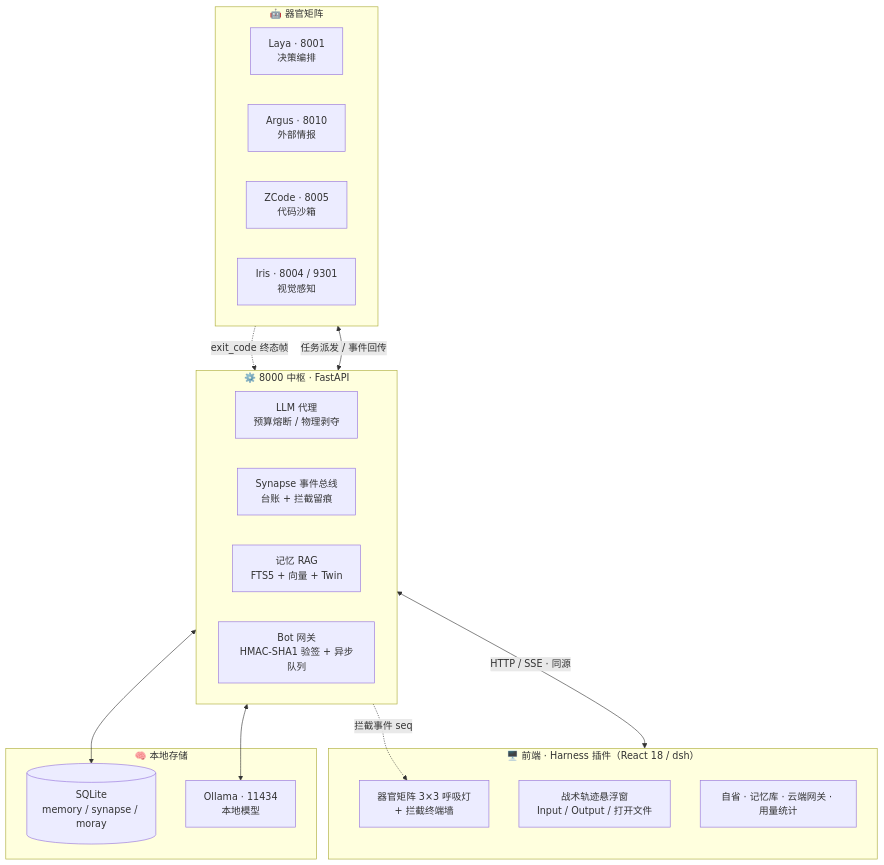
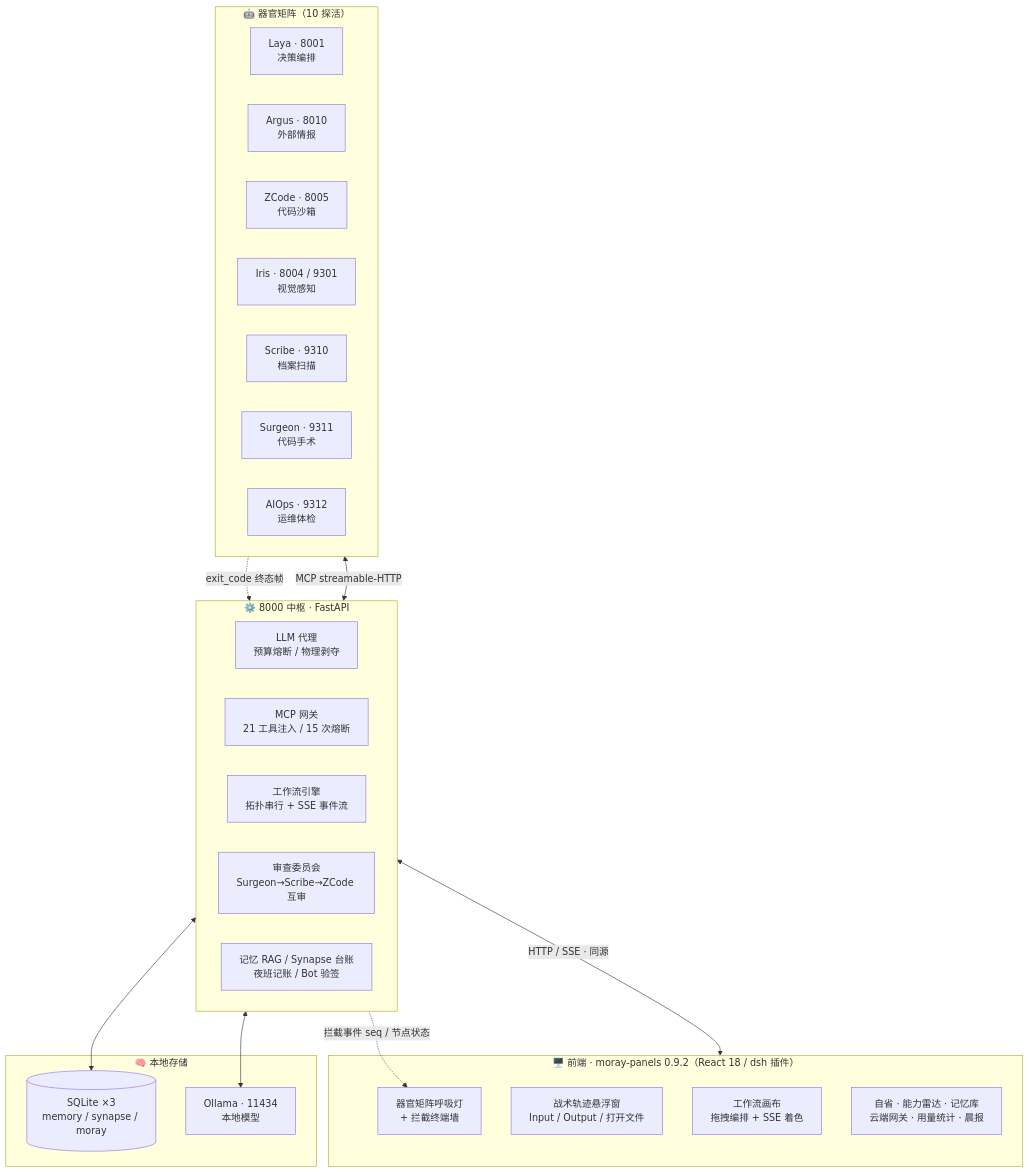
One commit to aliangmo2026/MoRay changed the diagram in README.md. Above: the diagram before and after it, drawn with Mermaid. The commit also changed other lines of this file and 29 other files, not shown here.

````diff
--- a/README.md
+++ b/README.md
@@ -133,34 +136,39 @@
 ```mermaid
 flowchart TB
-  subgraph FE["🖥️ 前端 · Harness 插件（React 18 / dsh）"]
-    F1["器官矩阵 3×3 呼吸灯<br/>+ 拦截终端墙"]
+  subgraph FE["🖥️ 前端 · moray-panels 0.9.2（React 18 / dsh 插件）"]
+    F1["器官矩阵呼吸灯<br/>+ 拦截终端墙"]
     F2["战术轨迹悬浮窗<br/>Input / Output / 打开文件"]
-    F3["自省 · 记忆库 · 云端网关 · 用量统计"]
+    F3["工作流画布<br/>拖拽编排 + SSE 着色"]
+    F4["自省 · 能力雷达 · 记忆库<br/>云端网关 · 用量统计 · 晨报"]
   end
 
   subgraph GW["⚙️ 8000 中枢 · FastAPI"]
     G1["LLM 代理<br/>预算熔断 / 物理剥夺"]
-    G2["Synapse 事件总线<br/>台账 + 拦截留痕"]
-    G3["记忆 RAG<br/>FTS5 + 向量 + Twin"]
-    G4["Bot 网关<br/>HMAC-SHA1 验签 + 异步队列"]
+    G2["MCP 网关<br/>21 工具注入 / 15 次熔断"]
+    G3["工作流引擎<br/>拓扑串行 + SSE 事件流"]
+    G4["审查委员会<br/>Surgeon→Scribe→ZCode 互审"]
+    G5["记忆 RAG / Synapse 台账<br/>夜班记账 / Bot 验签"]
   end
 
-  subgraph AG["🤖 器官矩阵"]
+  subgraph AG["🤖 器官矩阵（10 探活）"]
     A1["Laya · 8001<br/>决策编排"]
     A2["Argus · 8010<br/>外部情报"]
     A3["ZCode · 8005<br/>代码沙箱"]
     A4["Iris · 8004 / 9301<br/>视觉感知"]
+    A5["Scribe · 9310<br/>档案扫描"]
+    A6["Surgeon · 9311<br/>代码手术"]
+    A7["AIOps · 9312<br/>运维体检"]
   end
 
   subgraph MEM["🧠 本地存储"]
-    M1[("SQLite<br/>memory / synapse / moray")]
+    M1[("SQLite ×3<br/>memory / synapse / moray")]
     M2["Ollama · 11434<br/>本地模型"]
   end
 
   FE <-->|"HTTP / SSE · 同源"| GW
-  GW <-->|"任务派发 / 事件回传"| AG
+  GW <-->|"MCP streamable-HTTP"| AG
   GW <--> M1
   GW <--> M2
   AG -.->|"exit_code 终态帧"| GW
-  GW -.->|"拦截事件 seq"| F1
+  GW -.->|"拦截事件 seq / 节点状态"| F1
 ```
````
